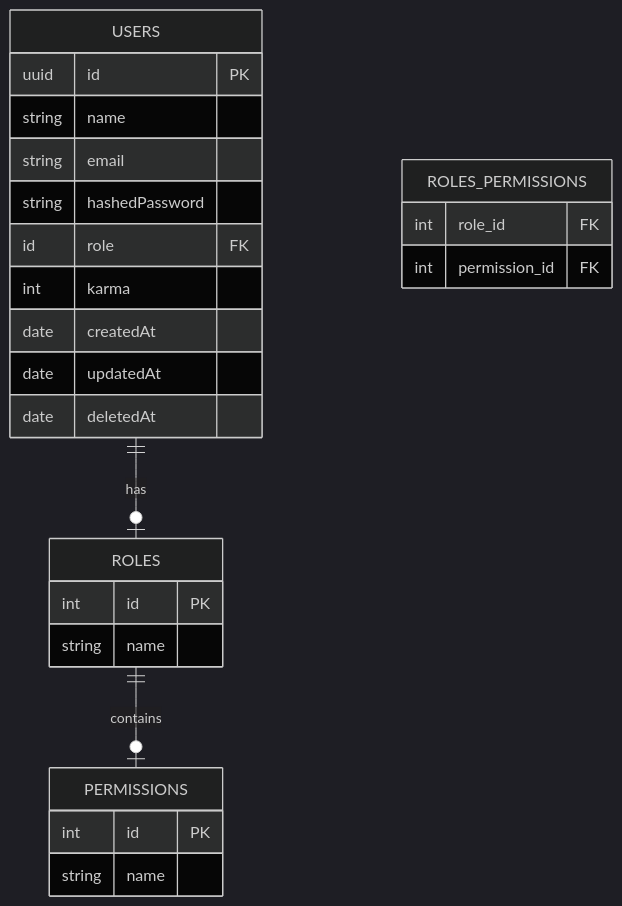
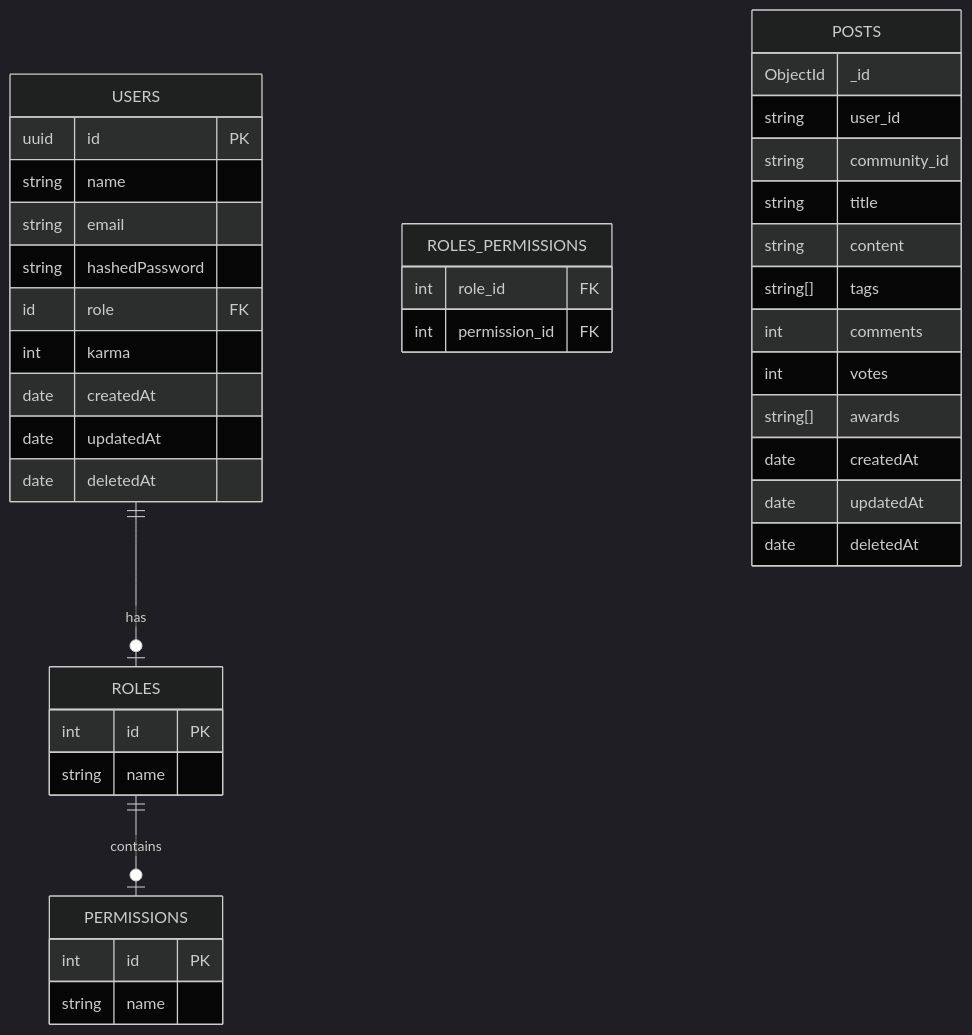
One commit to akaenrico/bricky changed the diagram in README.md. Above: the diagram before and after it, drawn with Mermaid.

Commit message:
Adds POSTS relations

````diff
--- a/README.md
+++ b/README.md
@@ -58,34 +58,50 @@
 ```mermaid
 ---
 config:
   theme: dark
 ---
 erDiagram
+    %% SQL
     USERS {
         uuid    id              PK
         string  name
         string  email
         string  hashedPassword
         id      role            FK
         int     karma
         date    createdAt
         date    updatedAt
         date    deletedAt
         
     }
     USERS ||--o| ROLES : has
     ROLES {
         int         id          PK
         string      name
     }
     ROLES ||--o| PERMISSIONS : contains
     PERMISSIONS {
         int     id      PK
         string  name
     }
     ROLES_PERMISSIONS {
         int role_id         FK
         int permission_id   FK
     }
 
+    %% noSQL
+    POSTS {
+        ObjectId    _id
+        string      user_id
+        string      community_id
+        string      title
+        string      content
+        string[]    tags
+        int         comments
+        int         votes
+        string[]    awards
+        date        createdAt
+        date        updatedAt
+        date        deletedAt
+    }
 ```
````
